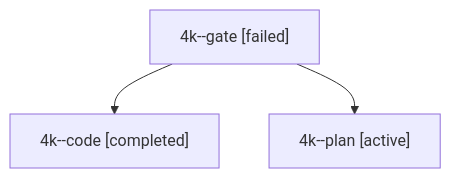
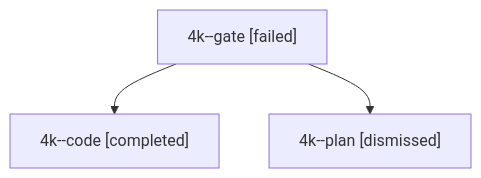
Before and after one commit to bobs-org/bob-cli--agents: the diagram in sessions/bbugyi200.apollo.4k.md, drawn with Mermaid. The commit also changed other lines of this file and 26 other files, not shown here.

````diff
--- a/sessions/bbugyi200.apollo.4k.md
+++ b/sessions/bbugyi200.apollo.4k.md
@@ -9,8 +9,8 @@
 ```mermaid
 flowchart TD
   n0["4k--gate [failed]"]
   n1["4k--code [completed]"]
   n0 --> n1
-  n2["4k--plan [active]"]
+  n2["4k--plan [dismissed]"]
   n0 --> n2
 ```
````
